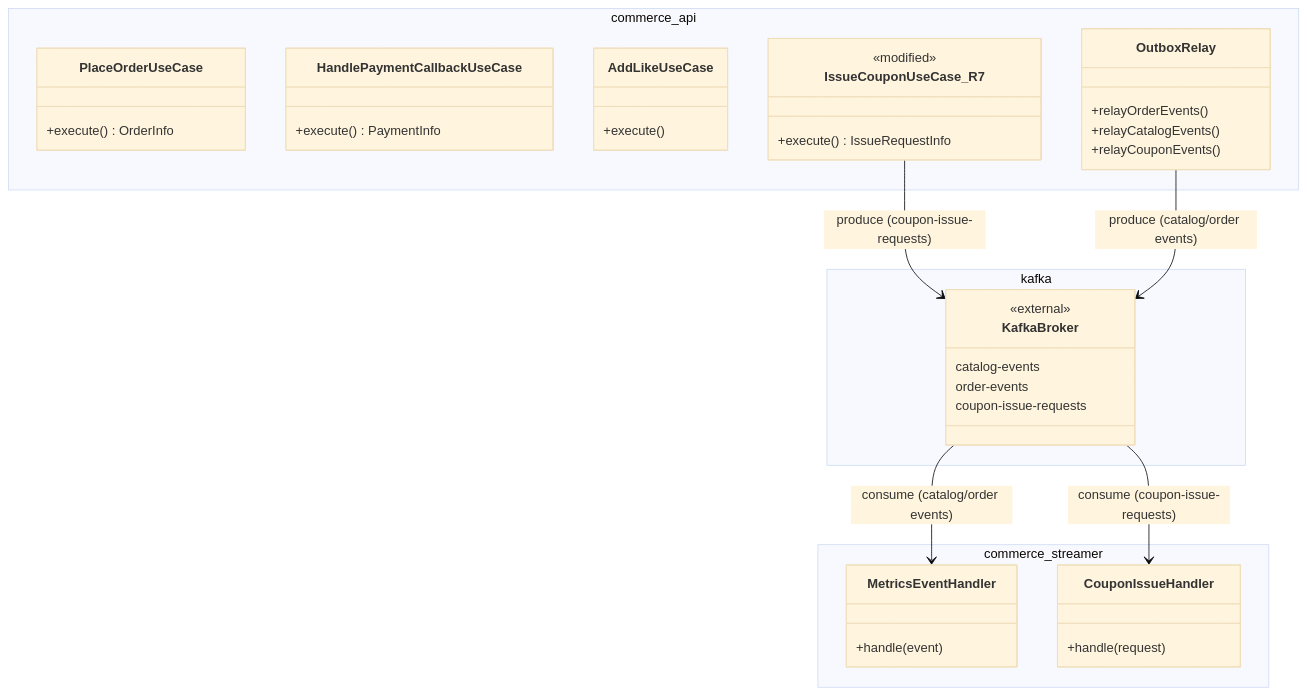
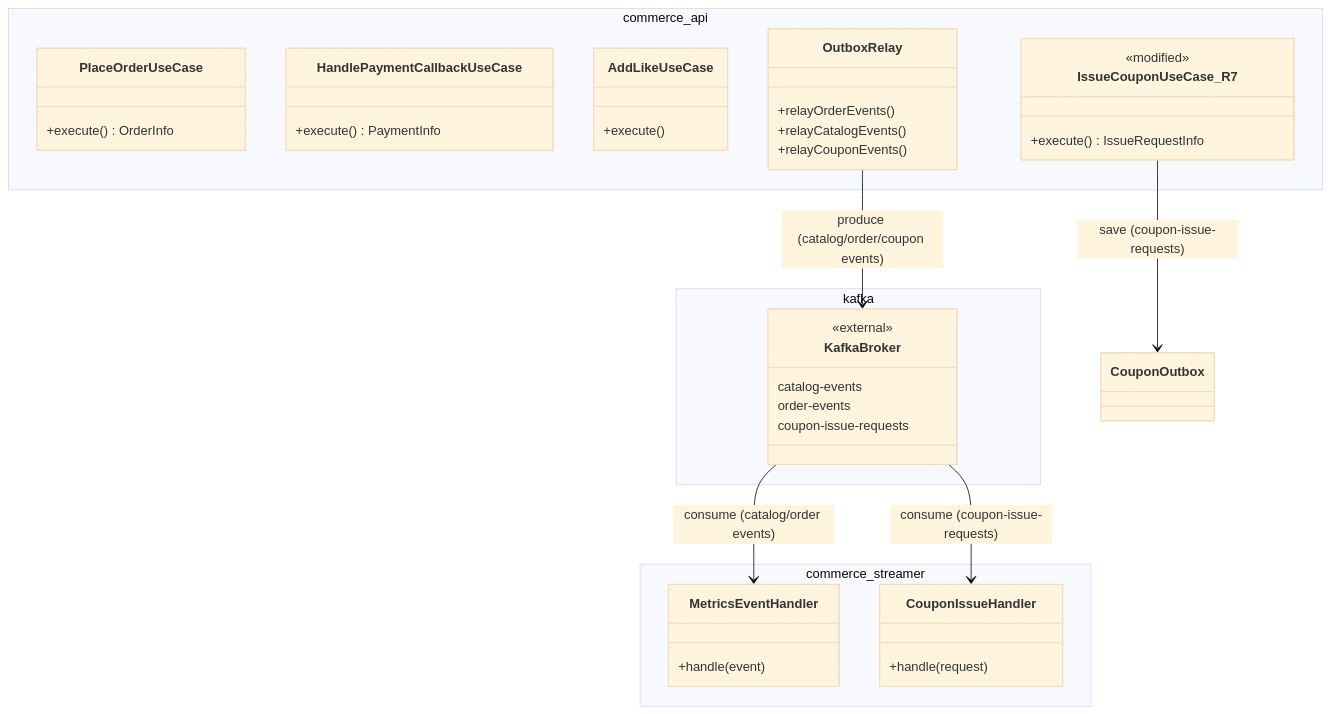
Before and after one commit to Loopers-dev-lab/loop-pack-be-l2-vol3-kotlin: diagram 15 of 15 in docs/design/03-class-diagram.md, drawn with Mermaid (base theme). The commit also changed 14 other files, not shown here.

````diff
--- a/docs/design/03-class-diagram.md
+++ b/docs/design/03-class-diagram.md
@@ -1364,48 +1364,48 @@
 ```mermaid
 classDiagram
     direction TB
 
     namespace commerce_api {
         class PlaceOrderUseCase {
             +execute() OrderInfo
         }
         class HandlePaymentCallbackUseCase {
             +execute() PaymentInfo
         }
         class AddLikeUseCase {
             +execute()
         }
         class IssueCouponUseCase_R7 {
             <<modified>>
             +execute() IssueRequestInfo
         }
         class OutboxRelay {
             +relayOrderEvents()
             +relayCatalogEvents()
             +relayCouponEvents()
         }
     }
 
     namespace kafka {
         class KafkaBroker {
             <<external>>
             catalog-events
             order-events
             coupon-issue-requests
         }
     }
 
     namespace commerce_streamer {
         class MetricsEventHandler {
             +handle(event)
         }
         class CouponIssueHandler {
             +handle(request)
         }
     }
 
-    IssueCouponUseCase_R7 --> KafkaBroker : produce (coupon-issue-requests)
-    OutboxRelay --> KafkaBroker : produce (catalog/order events)
+    IssueCouponUseCase_R7 --> CouponOutbox : save (coupon-issue-requests)
+    OutboxRelay --> KafkaBroker : produce (catalog/order/coupon events)
     KafkaBroker --> MetricsEventHandler : consume (catalog/order events)
     KafkaBroker --> CouponIssueHandler : consume (coupon-issue-requests)
 ```
````
